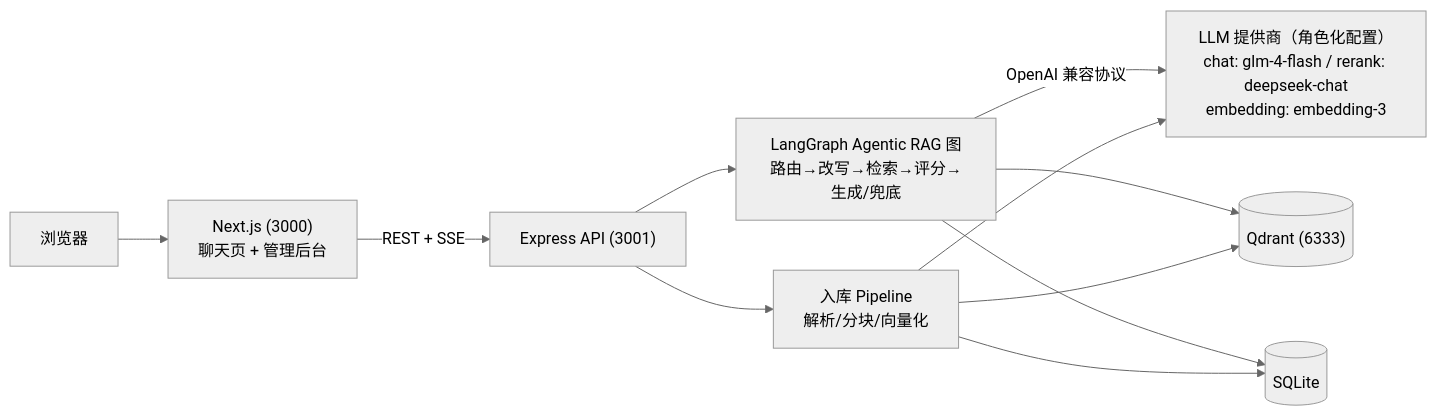
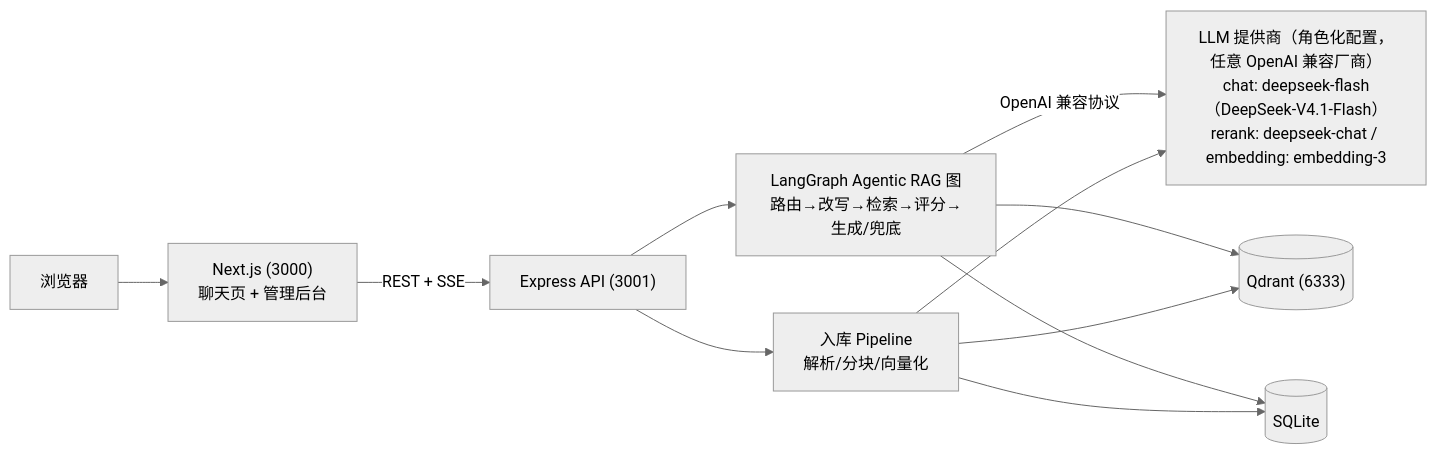
The diagram in docs/modules/README.md (liangyue2019/rag-agent), drawn with Mermaid (neutral theme) before and after one commit. The commit also changed other lines of this file and 4 other files, not shown here.

First line of the commit message:
feat(config): chat 角色接入 DeepSeek-V4.1-Flash，新增 CHAT_EXTRA_BODY 透传

````diff
--- a/docs/modules/README.md
+++ b/docs/modules/README.md
@@ -7,13 +7,13 @@
 ```mermaid
 flowchart LR
     Browser["浏览器"] --> Web["Next.js (3000)<br/>聊天页 + 管理后台"]
     Web -->|REST + SSE| Server["Express API (3001)"]
     Server --> Graph["LangGraph Agentic RAG 图<br/>路由→改写→检索→评分→生成/兜底"]
     Server --> Ingest["入库 Pipeline<br/>解析/分块/向量化"]
-    Graph -->|OpenAI 兼容协议| LLM["LLM 提供商（角色化配置）<br/>chat: glm-4-flash / rerank: deepseek-chat<br/>embedding: embedding-3"]
+    Graph -->|OpenAI 兼容协议| LLM["LLM 提供商（角色化配置，任意 OpenAI 兼容厂商）<br/>chat: deepseek-flash（DeepSeek-V4.1-Flash）<br/>rerank: deepseek-chat / embedding: embedding-3"]
     Graph --> QD[("Qdrant (6333)")]
     Graph --> SQL[("SQLite")]
     Ingest --> QD
     Ingest --> SQL
     Ingest --> LLM
 ```
````
